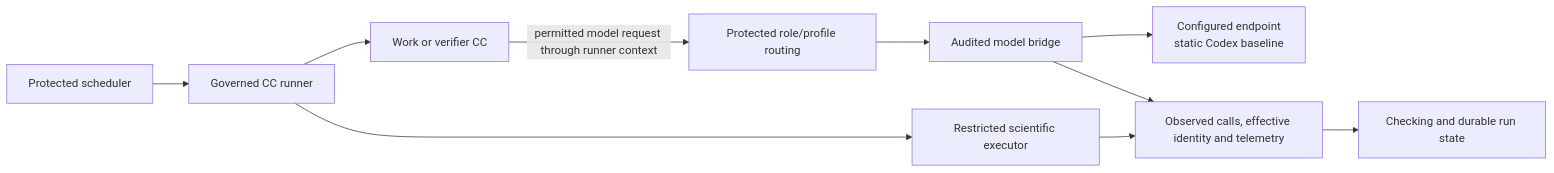
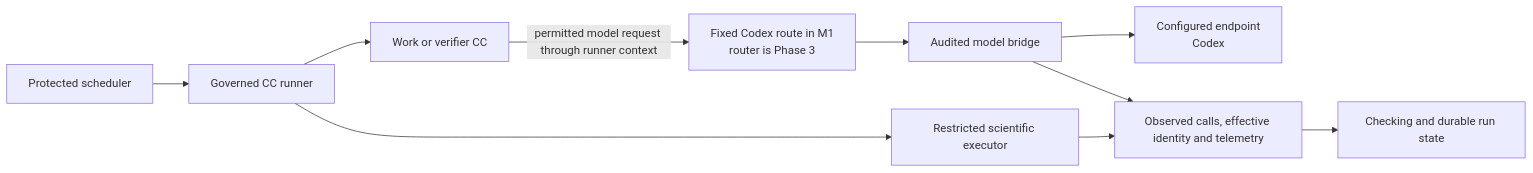
Before and after one commit to Stellven/jiuwenswarm: the second of 3 diagrams in docs/architecture/design-package/m1-design.md, drawn with Mermaid. The commit also changed other lines of this file and 86 other files, not shown here.

Commit message:
docs: fix stale diagrams and matching prose; re-render all views

````diff
--- a/docs/architecture/design-package/m1-design.md
+++ b/docs/architecture/design-package/m1-design.md
@@ -63,12 +63,12 @@
 ```mermaid
 flowchart LR
     S[Protected scheduler] --> R[Governed CC runner]
     R --> C[Work or verifier CC]
-    C -->|permitted model request through runner context| Route[Protected role/profile routing]
+    C -->|permitted model request through runner context| Route[Fixed Codex route in M1<br/>router is Phase 3]
     Route --> Bridge[Audited model bridge]
-    Bridge --> Model[Configured endpoint<br/> static Codex baseline]
+    Bridge --> Model[Configured endpoint<br/>Codex]
     Bridge --> Evidence[Observed calls, effective identity and telemetry]
     R --> X[Restricted scientific executor]
     X --> Evidence
     Evidence --> Check[Checking and durable run state]
 ```
````
